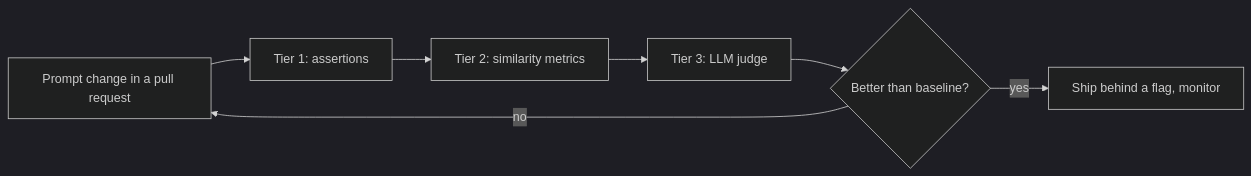
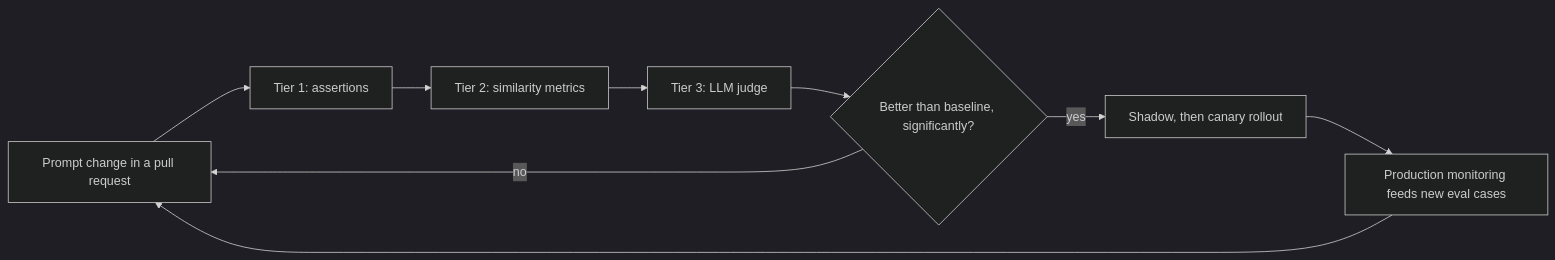
One commit to TheLearningHubOrg/learn-prompt-engineering changed diagram 26 of 38 in README.md. Above: the diagram before and after it, drawn with Mermaid (dark theme). The commit also changed other lines of this file and 15 other files, not shown here.

````diff
--- a/README.md
+++ b/README.md
@@ -1920,9 +2530,11 @@
 ```mermaid
 flowchart LR
     CH["Prompt change in a pull request"] --> T1["Tier 1: assertions"]
     T1 --> T2["Tier 2: similarity metrics"]
     T2 --> T3["Tier 3: LLM judge"]
-    T3 --> G{"Better than baseline?"}
-    G -->|"yes"| SH["Ship behind a flag, monitor"]
+    T3 --> G{"Better than baseline, significantly?"}
+    G -->|"yes"| SH["Shadow, then canary rollout"]
     G -->|"no"| CH
+    SH --> MON["Production monitoring feeds new eval cases"]
+    MON --> CH
 ```
````
